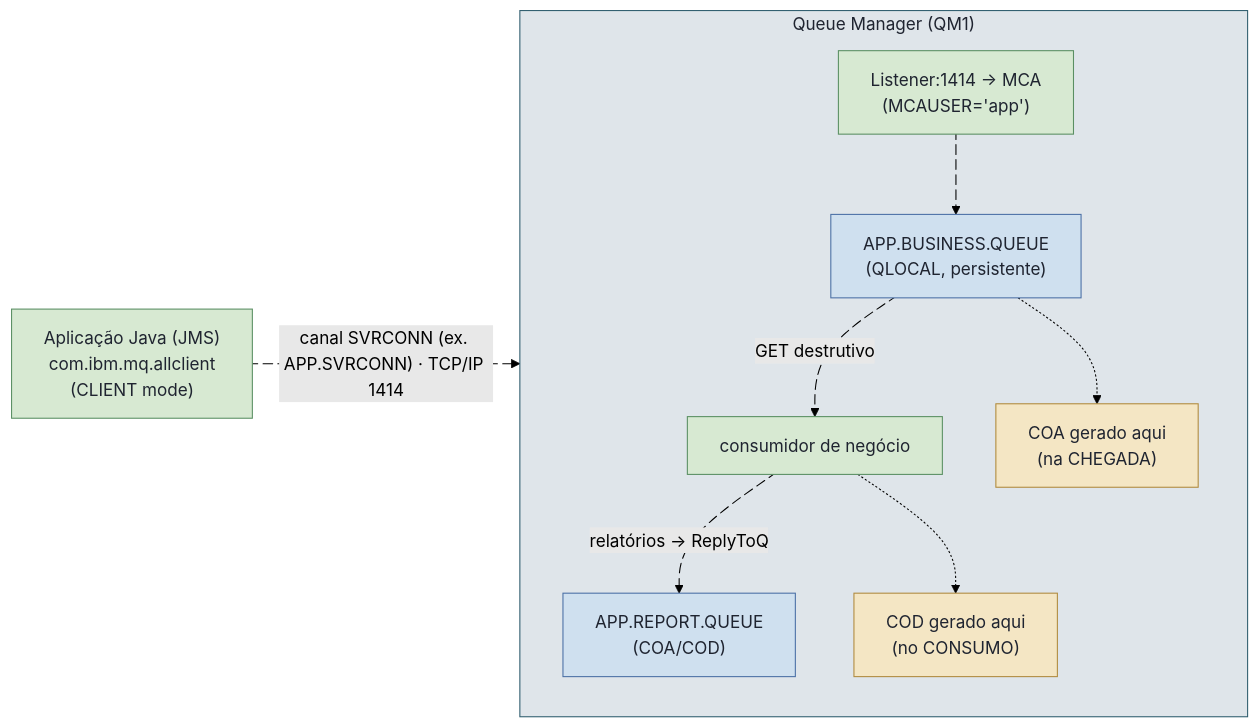
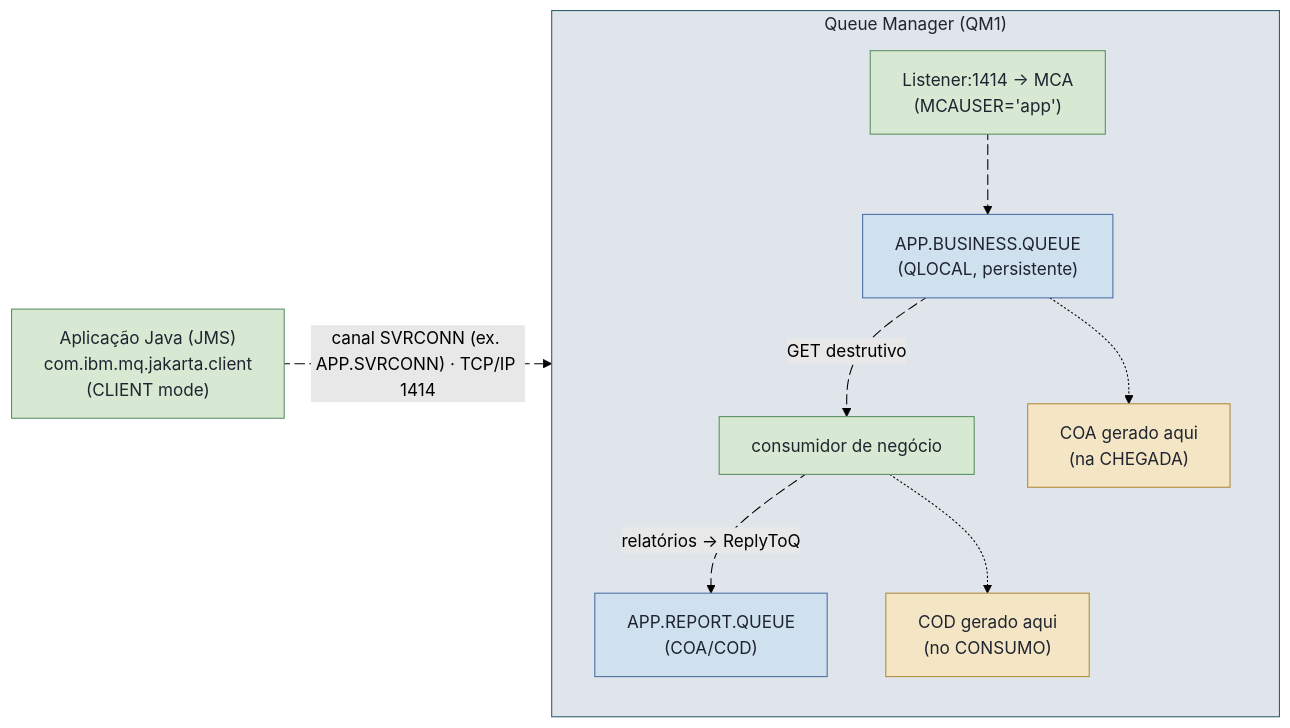
The first of 7 diagrams in docs/i18n/guia-ibmmq-jms-micronaut.md (rodrigorjsf/ibm-mq-java-poc), drawn with Mermaid (forest theme) before and after one commit. The commit also changed other lines of this file and 2 other files, not shown here.

First line of the commit message:
docs(guide): flip bilingual guide to Jakarta Messaging 3.0 primary + migration section (#95) (#96)

````diff
--- a/docs/i18n/guia-ibmmq-jms-micronaut.md
+++ b/docs/i18n/guia-ibmmq-jms-micronaut.md
@@ -81,33 +81,33 @@
 ```mermaid
 flowchart LR
-    APP["Aplicação Java (JMS)<br/>com.ibm.mq.allclient<br/>(CLIENT mode)"]
+    APP["Aplicação Java (JMS)<br/>com.ibm.mq.jakarta.client<br/>(CLIENT mode)"]
     subgraph QM1["Queue Manager (QM1)"]
         direction TB
         LIS["Listener:1414 → MCA<br/>(MCAUSER='app')"]
         BQ["APP.BUSINESS.QUEUE<br/>(QLOCAL, persistente)"]
         CONS["consumidor de negócio"]
         RQ["APP.REPORT.QUEUE<br/>(COA/COD)"]
         COA["COA gerado aqui<br/>(na CHEGADA)"]
         COD["COD gerado aqui<br/>(no CONSUMO)"]
         LIS e4@--> BQ
         BQ e2@-->|"GET destrutivo"| CONS
         CONS e3@-->|"relatórios → ReplyToQ"| RQ
         BQ -.-> COA
         CONS -.-> COD
     end
     APP e1@-->|"canal SVRCONN (ex. APP.SVRCONN) · TCP/IP 1414"| LIS
 
     e1@{ animate: true }
     e2@{ animate: true }
     e3@{ animate: true }
     e4@{ animate: true }
 
     classDef queue fill:#cfe0ef,stroke:#4a6fa5,color:#1f2430;
     classDef proc fill:#d7e9d2,stroke:#5a8f63,color:#1f2430;
     classDef report fill:#f4e6c4,stroke:#b08a3e,color:#1f2430;
 
     class APP,CONS,LIS proc;
     class BQ,RQ queue;
     class COA,COD report;
     style QM1 fill:#dfe5ea,stroke:#2f5d6e,color:#1f2430;
 ```
````
